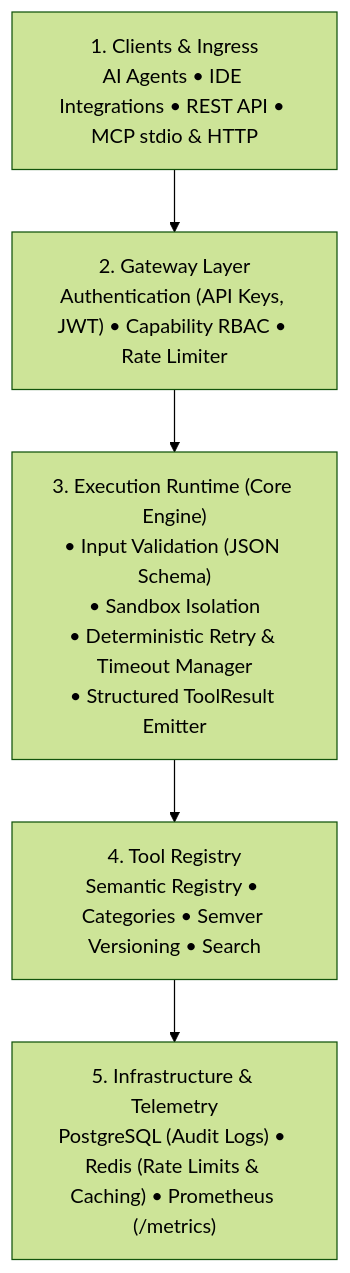
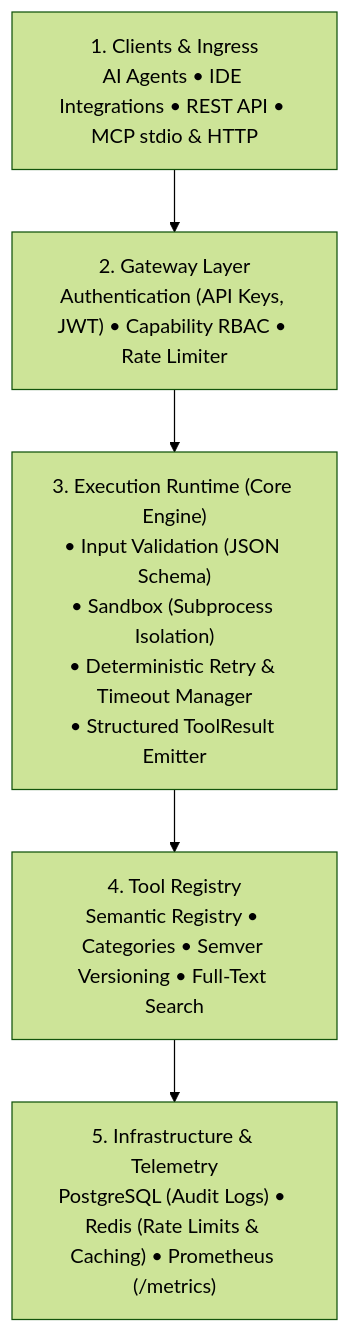
Before and after one commit to sorensencc-dotcom/toolforge-marketplace: the second of 2 diagrams in wiki/Home.md, drawn with Mermaid (forest theme). The commit also changed other lines of this file and 26 other files, not shown here.

First line of the commit message:
docs(marketplace): update architecture documentation and Cathryn Lavery diagrams

````diff
--- a/wiki/Home.md
+++ b/wiki/Home.md
@@ -20,7 +112,7 @@
 ```mermaid
 graph TD
     CL["1. Clients & Ingress<br/>AI Agents • IDE Integrations • REST API • MCP stdio & HTTP"] --> GW["2. Gateway Layer<br/>Authentication (API Keys, JWT) • Capability RBAC • Rate Limiter"]
-    GW --> ER["3. Execution Runtime (Core Engine)<br/>• Input Validation (JSON Schema)<br/>• Sandbox Isolation<br/>• Deterministic Retry & Timeout Manager<br/>• Structured ToolResult Emitter"]
-    ER --> TR["4. Tool Registry<br/>Semantic Registry • Categories • Semver Versioning • Search"]
+    GW --> ER["3. Execution Runtime (Core Engine)<br/>• Input Validation (JSON Schema)<br/>• Sandbox (Subprocess Isolation)<br/>• Deterministic Retry & Timeout Manager<br/>• Structured ToolResult Emitter"]
+    ER --> TR["4. Tool Registry<br/>Semantic Registry • Categories • Semver Versioning • Full-Text Search"]
     TR --> INF["5. Infrastructure & Telemetry<br/>PostgreSQL (Audit Logs) • Redis (Rate Limits & Caching) • Prometheus (/metrics)"]
 ```
````
